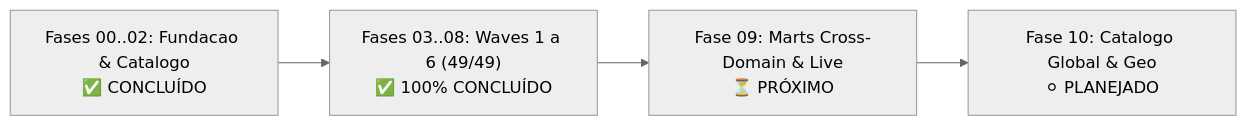
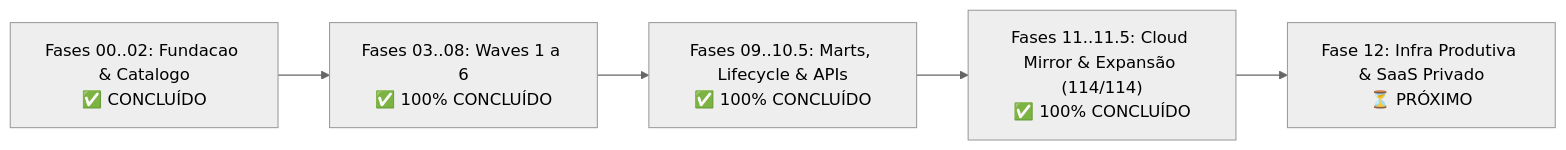
One commit to jhsfhtls/public-data-gateway changed the diagram in JORNADA_IMPLEMENTACAO.md. Above: the diagram before and after it, drawn with Mermaid (neutral theme). The commit also changed other lines of this file and 29 other files, not shown here.

````diff
--- a/JORNADA_IMPLEMENTACAO.md
+++ b/JORNADA_IMPLEMENTACAO.md
@@ -24,6 +24,7 @@
 ```mermaid
 flowchart LR
-    F00["Fases 00..02: Fundacao & Catalogo<br/>✅ CONCLUÍDO"] --> F03["Fases 03..08: Waves 1 a 6 (49/49)<br/>✅ 100% CONCLUÍDO"]
-    F03 --> F09["Fase 09: Marts Cross-Domain & Live<br/>⏳ PRÓXIMO"]
-    F09 --> F10["Fase 10: Catalogo Global & Geo<br/>⚪ PLANEJADO"]
+    F00["Fases 00..02: Fundacao & Catalogo<br/>✅ CONCLUÍDO"] --> F03["Fases 03..08: Waves 1 a 6<br/>✅ 100% CONCLUÍDO"]
+    F03 --> F09["Fases 09..10.5: Marts, Lifecycle & APIs<br/>✅ 100% CONCLUÍDO"]
+    F09 --> F11["Fases 11..11.5: Cloud Mirror & Expansão (114/114)<br/>✅ 100% CONCLUÍDO"]
+    F11 --> F12["Fase 12: Infra Produtiva & SaaS Privado<br/>⏳ PRÓXIMO"]
 ```
````
